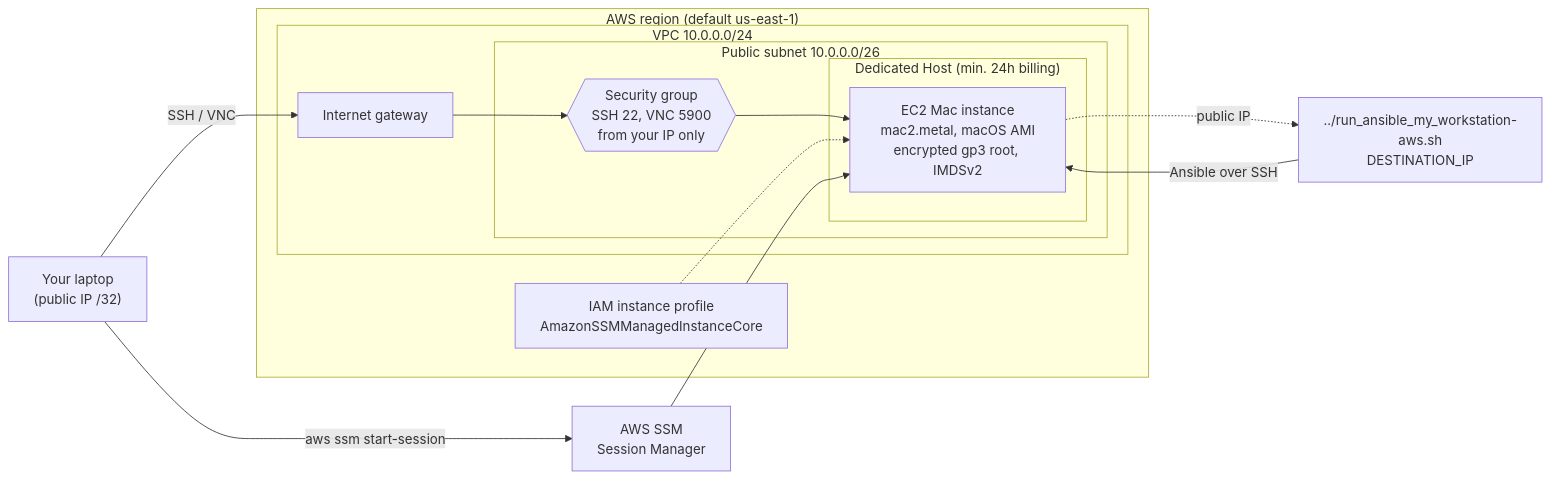
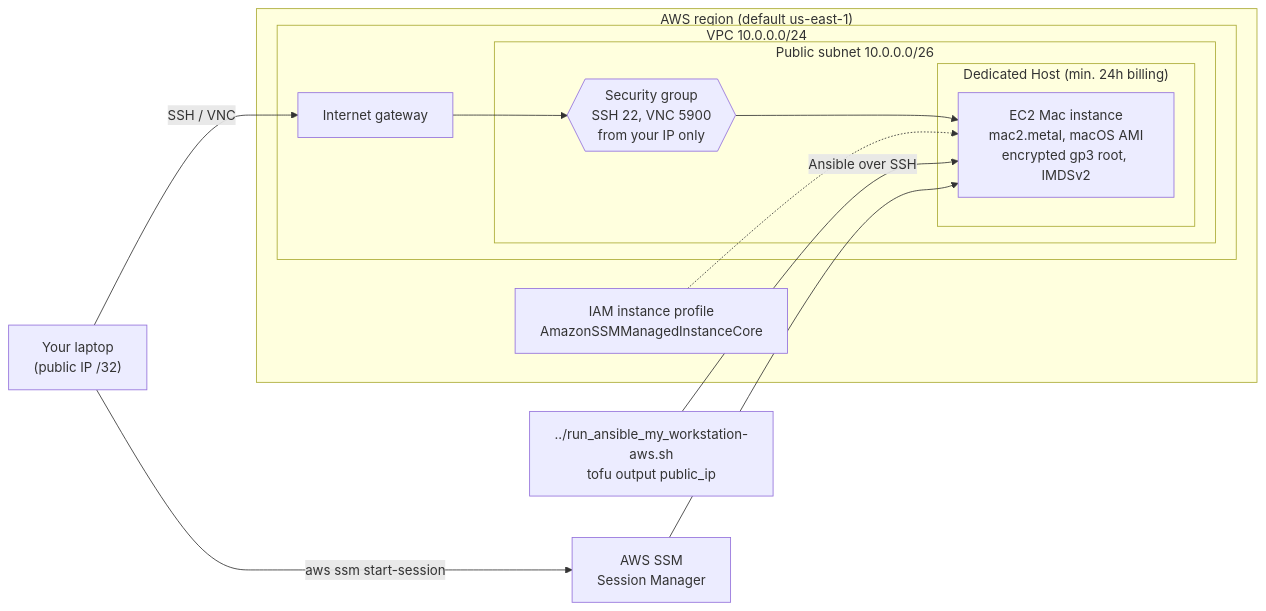
The diagram in terraform/README.md (ruzickap/ansible-my_workstation), drawn with Mermaid before and after one commit. The commit also changed other lines of this file and 3 other files, not shown here.

First line of the commit message:
fix: read ec2 mac ip from tofu output and bound ready wait

````diff
--- a/terraform/README.md
+++ b/terraform/README.md
@@ -22,24 +23,24 @@
 ```mermaid
 flowchart LR
   laptop["Your laptop<br/>(public IP /32)"]
   ssm["AWS SSM<br/>Session Manager"]
 
   subgraph aws["AWS region (default us-east-1)"]
     subgraph vpc["VPC 10.0.0.0/24"]
       subgraph subnet["Public subnet 10.0.0.0/26"]
         sg{{"Security group<br/>SSH 22, VNC 5900<br/>from your IP only"}}
         subgraph host["Dedicated Host (min. 24h billing)"]
           mac["EC2 Mac instance<br/>mac2.metal, macOS AMI<br/>encrypted gp3 root, IMDSv2"]
         end
       end
       igw["Internet gateway"]
     end
     iam["IAM instance profile<br/>AmazonSSMManagedInstanceCore"]
   end
 
   laptop -- "SSH / VNC" --> igw --> sg --> mac
   laptop -- "aws ssm start-session" --> ssm --> mac
   iam -.-> mac
-  mac -. "public IP" .-> script["../run_ansible_my_workstation-aws.sh<br/>DESTINATION_IP"]
+  script["../run_ansible_my_workstation-aws.sh<br/>tofu output public_ip"]
   script -- "Ansible over SSH" --> mac
 ```
````
